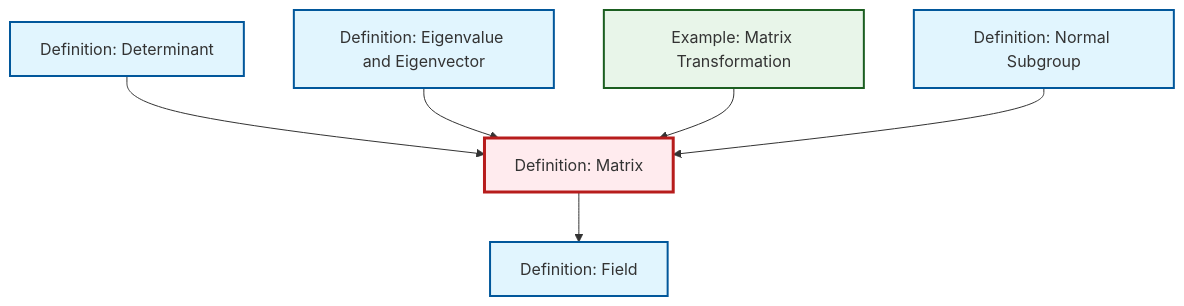
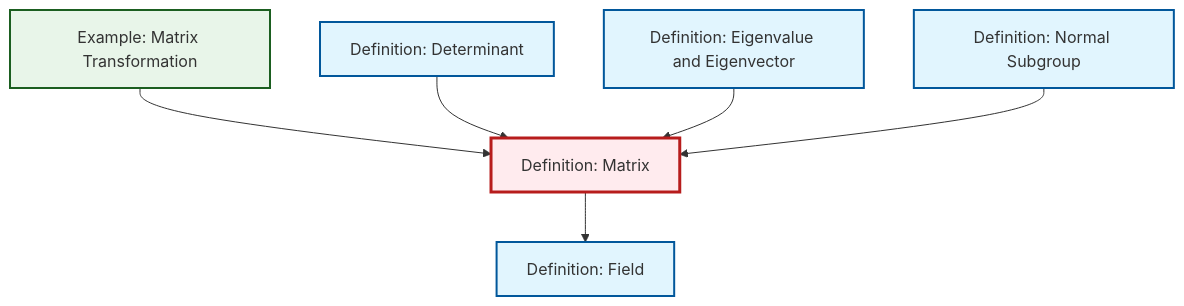
One commit to RK0429/ModernMath changed the diagram in content/en/algebra/def-matrix.qmd. Above: the diagram before and after it, drawn with Mermaid. The commit also changed other lines of this file and 634 other files, not shown here.

````diff
--- a/content/en/algebra/def-matrix.qmd
+++ b/content/en/algebra/def-matrix.qmd
@@ -59,26 +59,26 @@
 ```{mermaid}
 %%| fig-cap: "Local dependency graph"
 graph TD
     classDef definition fill:#e1f5fe,stroke:#01579b,stroke-width:2px
     classDef theorem fill:#f3e5f5,stroke:#4a148c,stroke-width:2px
     classDef axiom fill:#fff3e0,stroke:#e65100,stroke-width:2px
     classDef example fill:#e8f5e9,stroke:#1b5e20,stroke-width:2px
     classDef current fill:#ffebee,stroke:#b71c1c,stroke-width:3px
+    def-eigenvalue-eigenvector["Definition: Eigenvalue and Eigenvector"]:::definition
     def-normal-subgroup["Definition: Normal Subgroup"]:::definition
+    def-field["Definition: Field"]:::definition
     def-determinant["Definition: Determinant"]:::definition
-    def-eigenvalue-eigenvector["Definition: Eigenvalue and Eigenvector"]:::definition
+    def-matrix["Definition: Matrix"]:::definition
     ex-matrix-transformation["Example: Matrix Transformation"]:::example
-    def-matrix["Definition: Matrix"]:::definition
-    def-field["Definition: Field"]:::definition
+    ex-matrix-transformation --> def-matrix
     def-determinant --> def-matrix
+    def-matrix --> def-field
     def-eigenvalue-eigenvector --> def-matrix
-    def-matrix --> def-field
-    ex-matrix-transformation --> def-matrix
     def-normal-subgroup --> def-matrix
     class def-matrix current
+    click def-eigenvalue-eigenvector "def-eigenvalue-eigenvector.html" "Go to Eigenvalue and Eigenvector definition"
     click def-normal-subgroup "def-normal-subgroup.html" "Go to Normal Subgroup definition"
+    click def-field "def-field.html" "Go to Field definition"
     click def-determinant "def-determinant.html" "Go to Determinant definition"
-    click def-eigenvalue-eigenvector "def-eigenvalue-eigenvector.html" "Go to Eigenvalue and Eigenvector definition"
     click ex-matrix-transformation "ex-matrix-transformation.html" "Go to Matrix Transformation example"
-    click def-field "def-field.html" "Go to Field definition"
 ```
````
